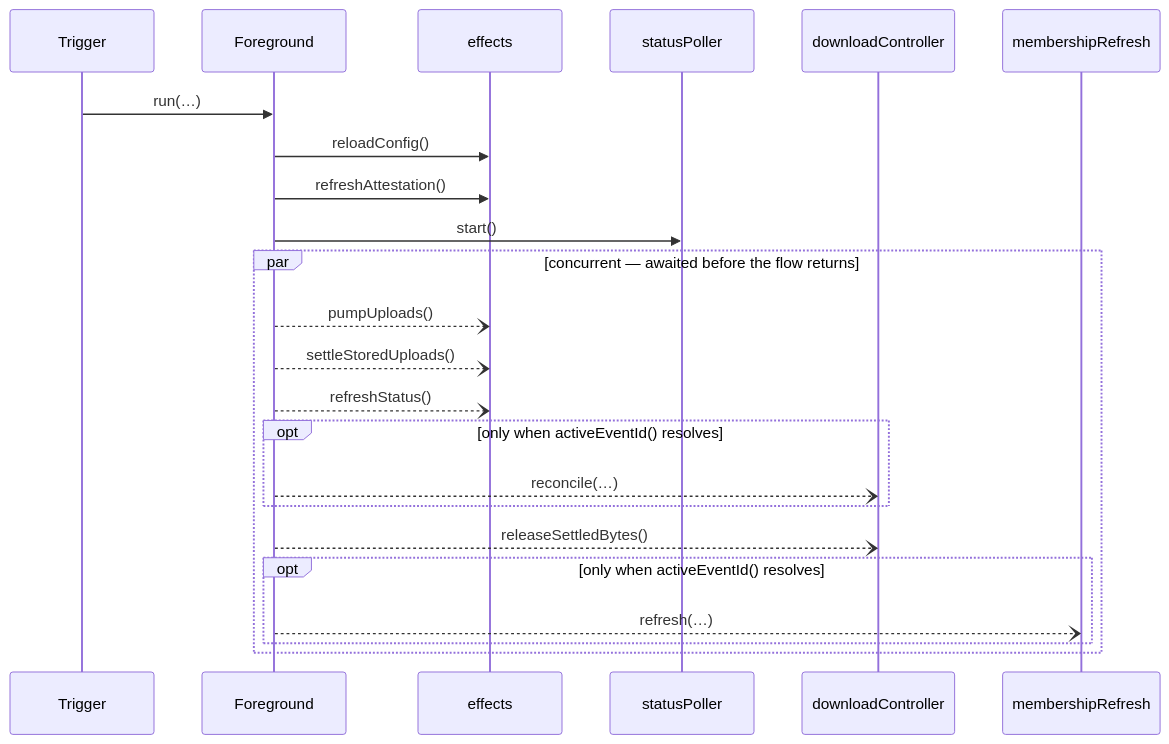
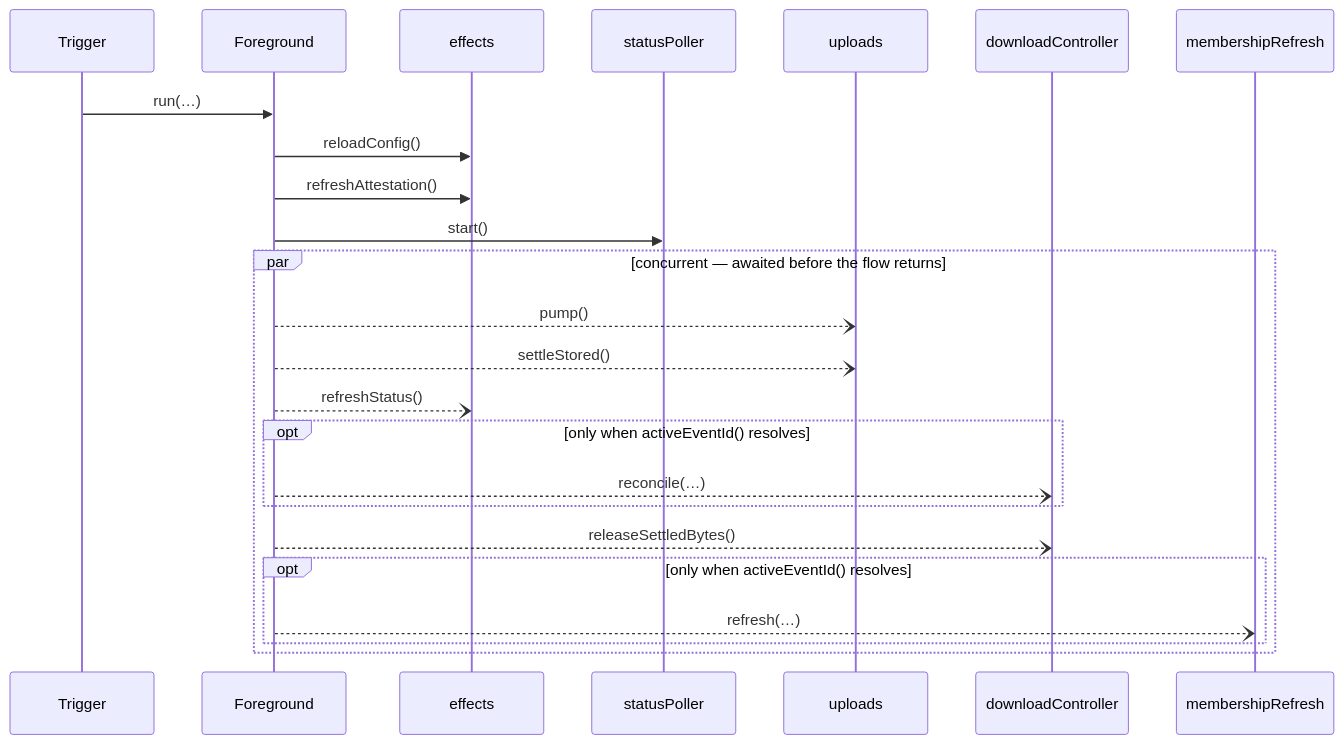
One commit to stefanhoelzl/SnapSync changed the diagram in architecture/flows/Foreground.md. Above: the diagram before and after it, drawn with Mermaid. The commit also changed 10 other files, not shown here.

First line of the commit message:
internal(upload): bundle the foreground upload steps; keep AppCore and the flow tier under their ceilings

````diff
--- a/architecture/flows/Foreground.md
+++ b/architecture/flows/Foreground.md
@@ -14,25 +14,26 @@
 ```mermaid
 sequenceDiagram
   participant Trigger
   participant Foreground
   participant effects
   participant statusPoller
+  participant uploads
   participant downloadController
   participant membershipRefresh
   Trigger->>Foreground: run(…)
   Foreground->>effects: reloadConfig()
   Foreground->>effects: refreshAttestation()
   Foreground->>statusPoller: start()
   par concurrent — awaited before the flow returns
-    Foreground--)effects: pumpUploads()
-    Foreground--)effects: settleStoredUploads()
+    Foreground--)uploads: pump()
+    Foreground--)uploads: settleStored()
     Foreground--)effects: refreshStatus()
     opt only when activeEventId() resolves
       Foreground--)downloadController: reconcile(…)
     end
     Foreground--)downloadController: releaseSettledBytes()
     opt only when activeEventId() resolves
       Foreground--)membershipRefresh: refresh(…)
     end
   end
 ```
````
